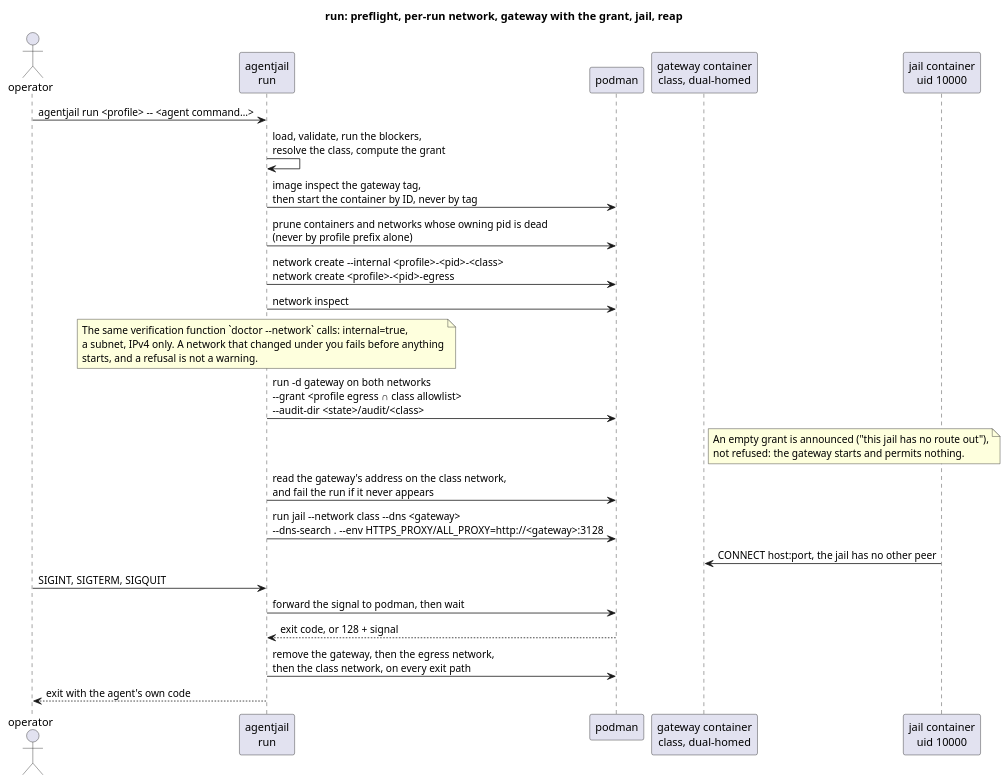
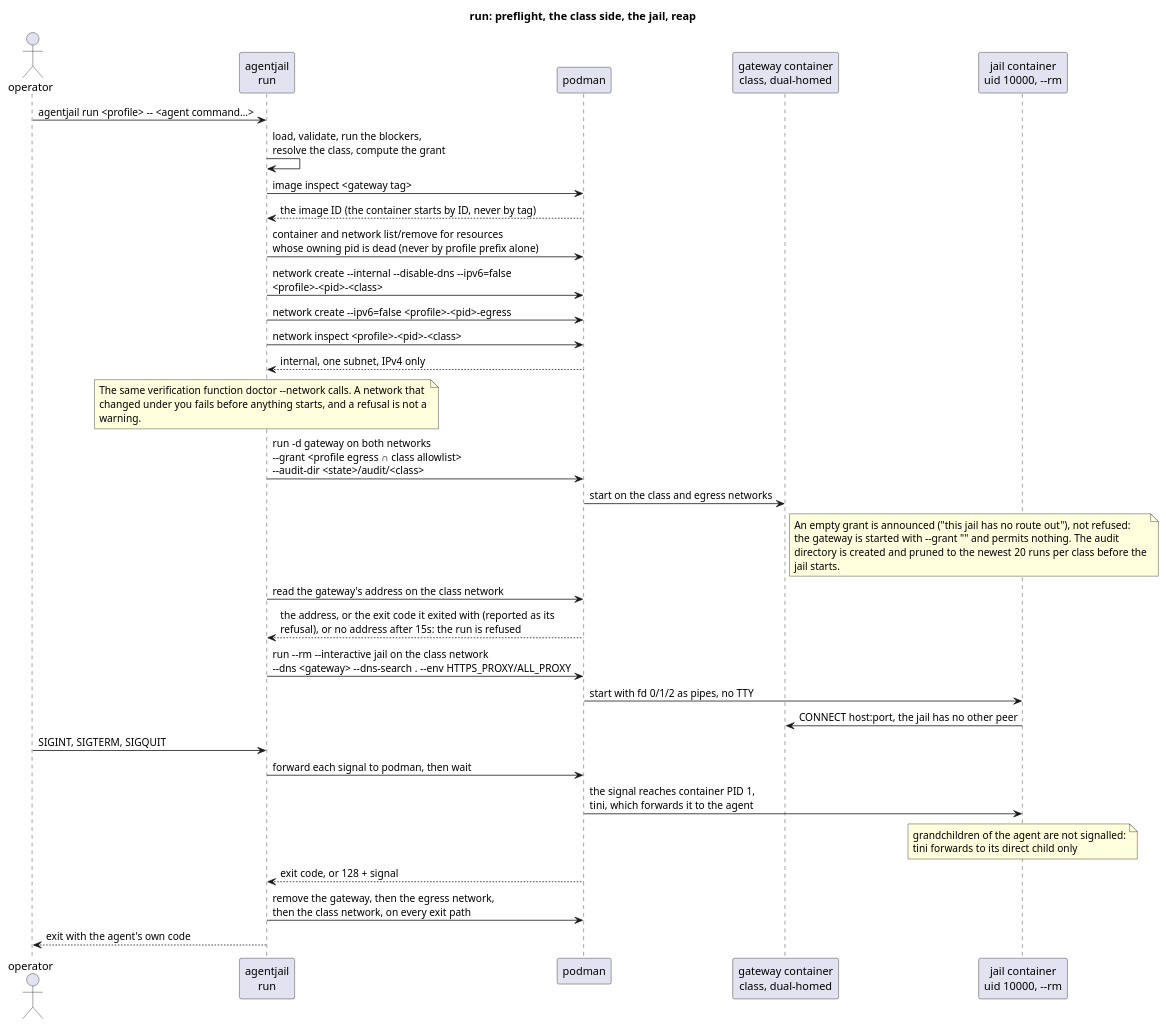
The diagram in docs/diagrams/run-lifecycle.puml (Breinich/agentjail), drawn with PlantUML before and after one commit. The commit also changed 11 other files, not shown here.

First line of the commit message:
diagrams: correct UML, and the facts the symbols asserted

```diff
--- a/docs/diagrams/run-lifecycle.puml
+++ b/docs/diagrams/run-lifecycle.puml
@@ -1,38 +1,50 @@
 @startuml run-lifecycle
-' UML sequence diagram: one `run`, from preflight to reap.
+' UML sequence diagram only: participants, lifelines, messages, returns and
+' notes, and no other diagram or UML element type. The order is the order
+' `run` takes it in: nothing is started before the network it joins exists.
 ' Source of record for docs/diagrams/run-lifecycle.svg. Do not edit the SVG:
 ' render it with the pinned PlantUML image (docs/adopting.md).
 ' &#45;&#45; is a literal "--": PlantUML reads --text-- as strikeout.
-title run: preflight, per-run network, gateway with the grant, jail, reap
+title run: preflight, the class side, the jail, reap
 
 actor "operator" as H
 participant "agentjail\nrun" as C
 participant "podman" as P
 participant "gateway container\nclass, dual-homed" as G
-participant "jail container\nuid 10000" as J
+participant "jail container\nuid 10000, --rm" as J
 
 H -> C : agentjail run <profile> &#45;&#45; <agent command…>
 C -> C : load, validate, run the blockers,\nresolve the class, compute the grant
-C -> P : image inspect the gateway tag,\nthen start the container by ID, never by tag
-C -> P : prune containers and networks whose owning pid is dead\n(never by profile prefix alone)
-C -> P : network create &#45;&#45;internal <profile>-<pid>-<class>\nnetwork create <profile>-<pid>-egress
-C -> P : network inspect
+C -> P : image inspect <gateway tag>
+P --> C : the image ID (the container starts by ID, never by tag)
+C -> P : container and network list/remove for resources\nwhose owning pid is dead (never by profile prefix alone)
+C -> P : network create &#45;&#45;internal &#45;&#45;disable-dns &#45;&#45;ipv6=false\n<profile>-<pid>-<class>
+C -> P : network create &#45;&#45;ipv6=false <profile>-<pid>-egress
+C -> P : network inspect <profile>-<pid>-<class>
+P --> C : internal, one subnet, IPv4 only
 note over C
-  The same verification function `doctor &#45;&#45;network` calls: internal=true,
-  a subnet, IPv4 only. A network that changed under you fails before anything
-  starts, and a refusal is not a warning.
+  The same verification function doctor &#45;&#45;network calls. A network that
+  changed under you fails before anything starts, and a refusal is not a
+  warning.
 end note
 C -> P : run -d gateway on both networks\n&#45;&#45;grant <profile egress ∩ class allowlist>\n&#45;&#45;audit-dir <state>/audit/<class>
+P -> G : start on the class and egress networks
 note right of G
-  An empty grant is announced ("this jail has no route out"),
-  not refused: the gateway starts and permits nothing.
+  An empty grant is announced ("this jail has no route out"), not refused:
+  the gateway is started with --grant "" and permits nothing. The audit
+  directory is created and pruned to the newest 20 runs per class before the
+  jail starts.
 end note
-C -> P : read the gateway's address on the class network,\nand fail the run if it never appears
-C -> P : run jail &#45;&#45;network class &#45;&#45;dns <gateway>\n&#45;&#45;dns-search . &#45;&#45;env HTTPS_PROXY/ALL_PROXY=http://<gateway>:3128
+C -> P : read the gateway's address on the class network
+P --> C : the address, or the exit code it exited with (reported as its\nrefusal), or no address after 15s: the run is refused
+C -> P : run &#45;&#45;rm &#45;&#45;interactive jail on the class network\n&#45;&#45;dns <gateway> &#45;&#45;dns-search . &#45;&#45;env HTTPS_PROXY/ALL_PROXY
+P -> J : start with fd 0/1/2 as pipes, no TTY
 J -> G : CONNECT host:port, the jail has no other peer
 H -> C : SIGINT, SIGTERM, SIGQUIT
-C -> P : forward the signal to podman, then wait
+C -> P : forward each signal to podman, then wait
+P -> J : the signal reaches container PID 1,\ntini, which forwards it to the agent
+note over J : grandchildren of the agent are not signalled:\ntini forwards to its direct child only
 P --> C : exit code, or 128 + signal
 C -> P : remove the gateway, then the egress network,\nthen the class network, on every exit path
 C --> H : exit with the agent's own code
 @enduml
```
